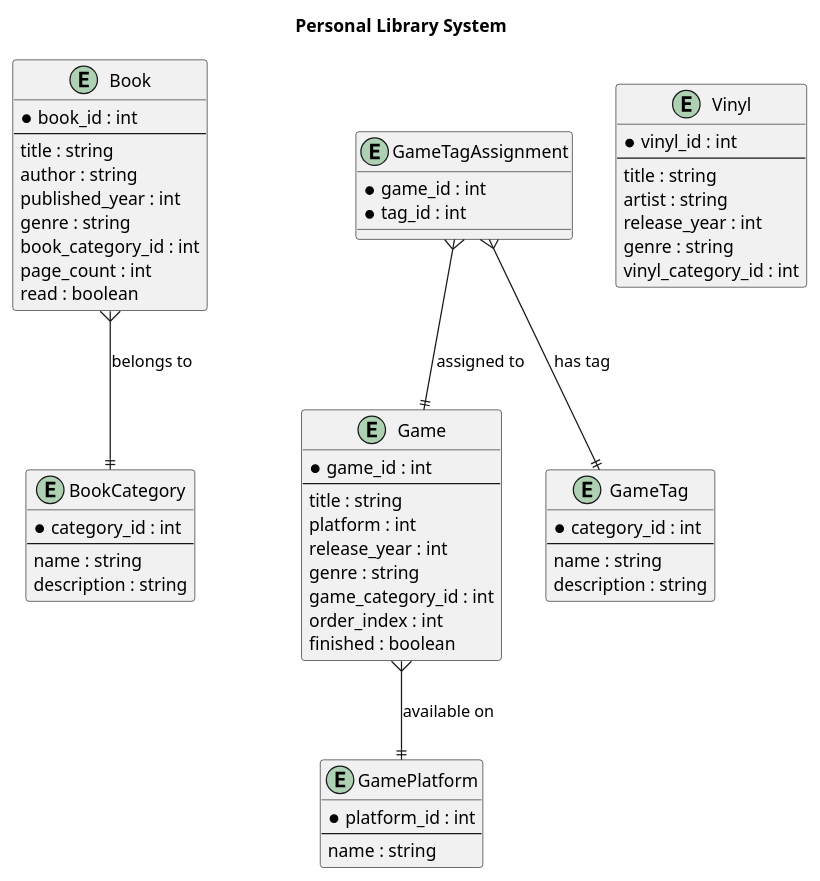
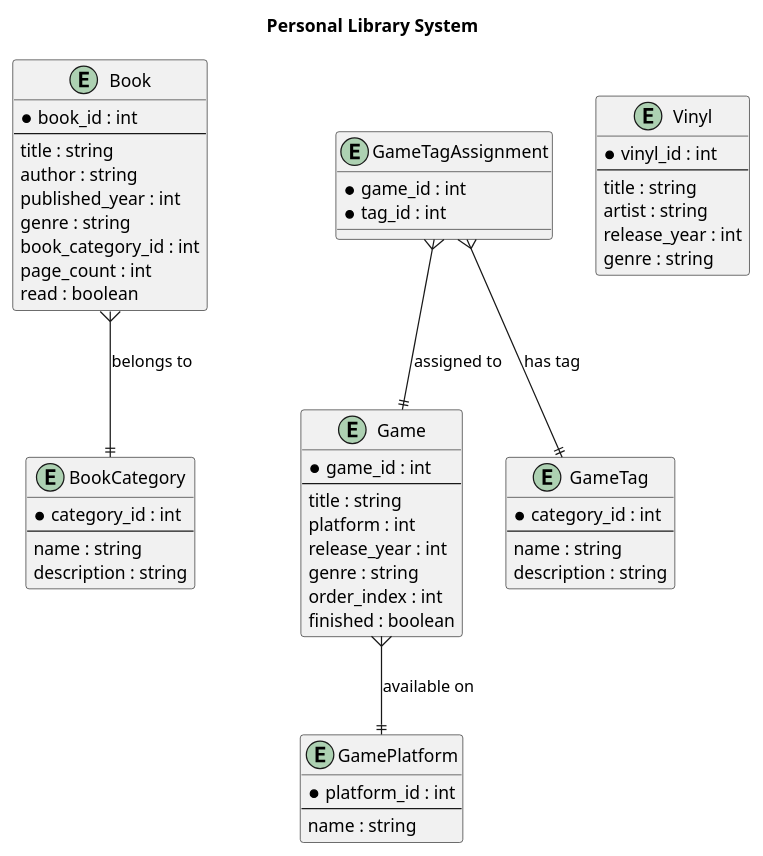
The diagram in Diagrams/ER diagram.plantuml (KimjeLassen/personal-library), drawn with PlantUML before and after one commit.

Commit message:
Removed category_id from game and vinyl as they were not used anymore

```diff
--- a/Diagrams/ER diagram.plantuml
+++ b/Diagrams/ER diagram.plantuml
@@ -1,67 +1,65 @@
 @startuml
 title Personal Library System
 entity Book {
   *book_id : int
   --
   title : string
   author : string
   published_year : int
   genre : string
   book_category_id : int
   page_count : int
   read : boolean
 }
 
 entity BookCategory {
   *category_id : int
   --
   name : string
   description : string
 }
 
 Book }--|| BookCategory : belongs to
 
 entity Game {
   *game_id : int
   --
   title : string
   platform : int
   release_year : int
   genre : string
-  game_category_id : int
   order_index : int
   finished : boolean
 }
 
 entity GameTag {
   *category_id : int
   --
   name : string
   description : string
 }
 
 entity GameTagAssignment {
   *game_id : int
   *tag_id : int
 }
 
 entity GamePlatform {
   *platform_id : int
   --
   name : string
 }
 
 GameTagAssignment }--|| Game : assigned to
 GameTagAssignment }--|| GameTag : has tag
 Game }--|| GamePlatform : available on
 
 entity Vinyl {
   *vinyl_id : int
   --
   title : string
   artist : string
   release_year : int
   genre : string
-  vinyl_category_id : int
 }
 @enduml
```
